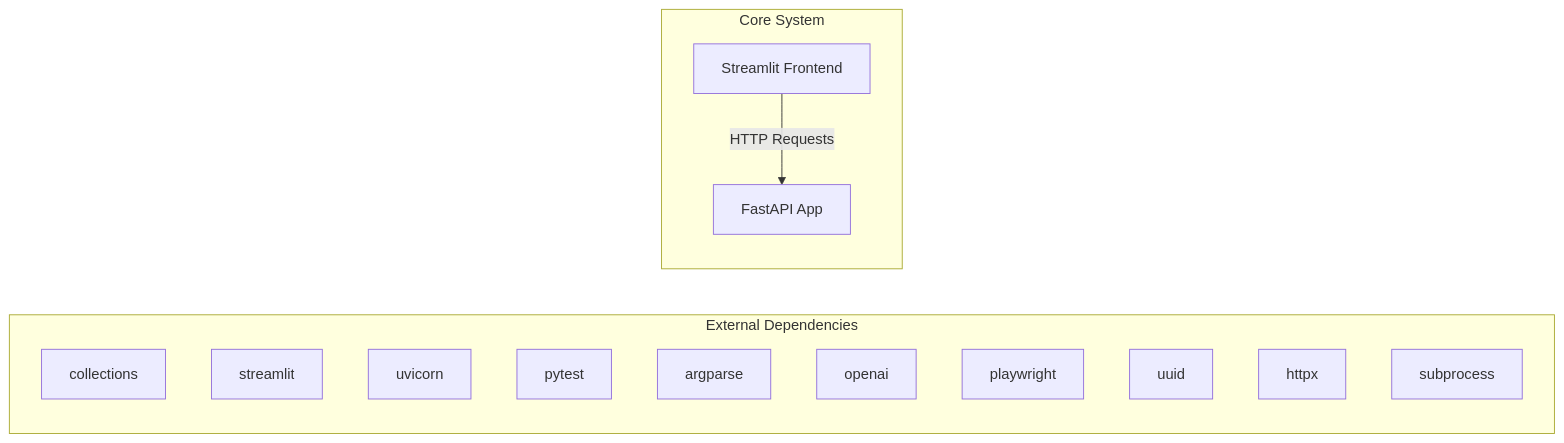
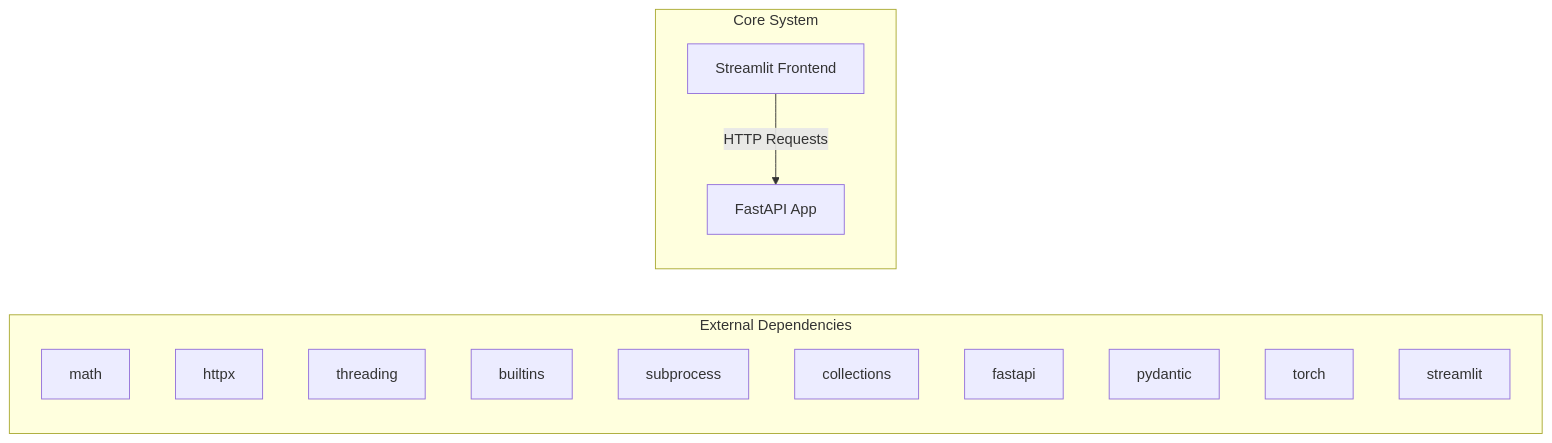
Before and after one commit to NITISH-R-G/rag-context-optimizer: the first of 2 diagrams in docs/architecture.md, drawn with Mermaid. The commit also changed 1 other file, not shown here.

Commit message:
docs: auto-update repository knowledge, architecture diagrams, and documentation

````diff
--- a/docs/architecture.md
+++ b/docs/architecture.md
@@ -7,20 +7,20 @@
 ```mermaid
 graph LR
     subgraph External Dependencies
-        E0["collections"]
-        E1["streamlit"]
-        E2["uvicorn"]
-        E3["pytest"]
-        E4["argparse"]
-        E5["openai"]
-        E6["playwright"]
-        E7["uuid"]
-        E8["httpx"]
-        E9["subprocess"]
+        E0["math"]
+        E1["httpx"]
+        E2["threading"]
+        E3["builtins"]
+        E4["subprocess"]
+        E5["collections"]
+        E6["fastapi"]
+        E7["pydantic"]
+        E8["torch"]
+        E9["streamlit"]
     end
     subgraph Core System
         API["FastAPI App"]
         UI["Streamlit Frontend"]
     end
     UI -->|HTTP Requests| API
 ```
````
